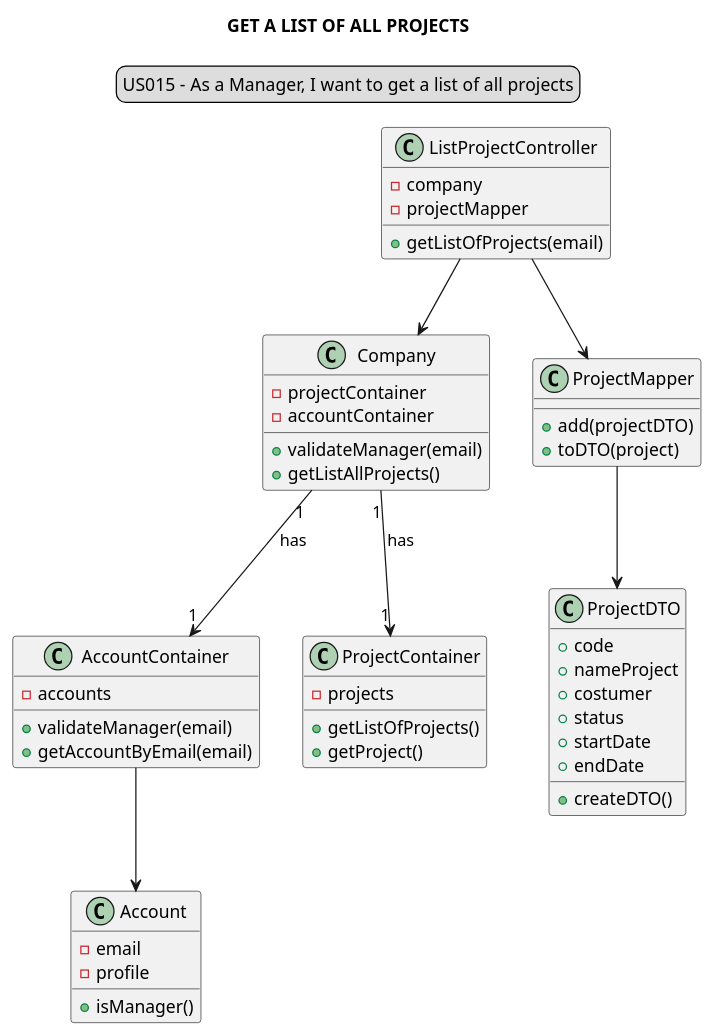
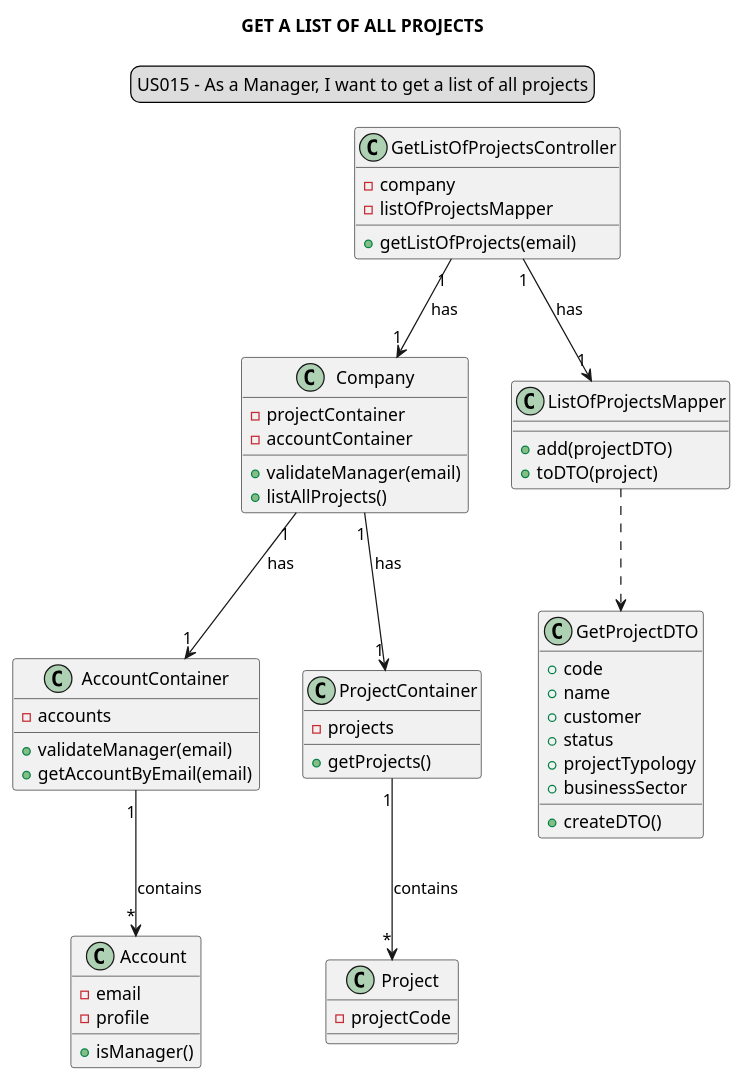
The diagram in docs/modelling_design/user_stories/sprint02/us015/US015_classDiagram.puml (Loracline/project_switch_22-23), drawn with PlantUML before and after one commit. The commit also changed 3 other files, not shown here.

Commit message:
US015: Design: Refinement of sequence and class diagram and add respective png files

```diff
--- a/docs/modelling_design/user_stories/sprint02/us015/US015_classDiagram.puml
+++ b/docs/modelling_design/user_stories/sprint02/us015/US015_classDiagram.puml
@@ -1,61 +1,65 @@
 @startuml
 
 skinparam sequenceMessageAlign center
 title GET A LIST OF ALL PROJECTS
 legend top
 US015 - As a Manager, I want to get a list of all projects
 end legend
 
-class "ListProjectController" {
+class "GetListOfProjectsController" {
 -company
--projectMapper
+-listOfProjectsMapper
 +getListOfProjects(email)
 }
 
 class "Company"{
 -projectContainer
 -accountContainer
 +validateManager(email)
-+getListAllProjects()
++listAllProjects()
 }
 
 class "AccountContainer"{
 -accounts
 +validateManager(email)
 +getAccountByEmail(email)
 }
 
 class "Account"{
 -email
 -profile
 +isManager()
 }
 
 class "ProjectContainer"{
 -projects
-+getListOfProjects()
-+getProject()
++getProjects()
 }
 
-class "ProjectMapper"{
+class "Project"{
+-projectCode
+}
+
+class "ListOfProjectsMapper"{
 +add(projectDTO)
 +toDTO(project)
 }
 
-class "ProjectDTO" {
+class "GetProjectDTO" {
 +code
-+nameProject
-+costumer
++name
++customer
 +status
-+startDate
-+endDate
++projectTypology
++businessSector
 +createDTO()
 }
 
-"ListProjectController" --> "Company"
-"ListProjectController" --> "ProjectMapper"
+"GetListOfProjectsController" "1"-->"1" "Company": has
+"GetListOfProjectsController" "1"-->"1" "ListOfProjectsMapper": has
 "Company" "1"-->"1" "ProjectContainer": has
 "Company" "1"-->"1" "AccountContainer": has
-"AccountContainer" --> "Account"
-"ProjectMapper" --> "ProjectDTO"
+"AccountContainer" "1"-->"*" Account: contains
+"ProjectContainer" "1"-->"*" Project: contains
+"ListOfProjectsMapper" ..> "GetProjectDTO"
 @enduml
```
